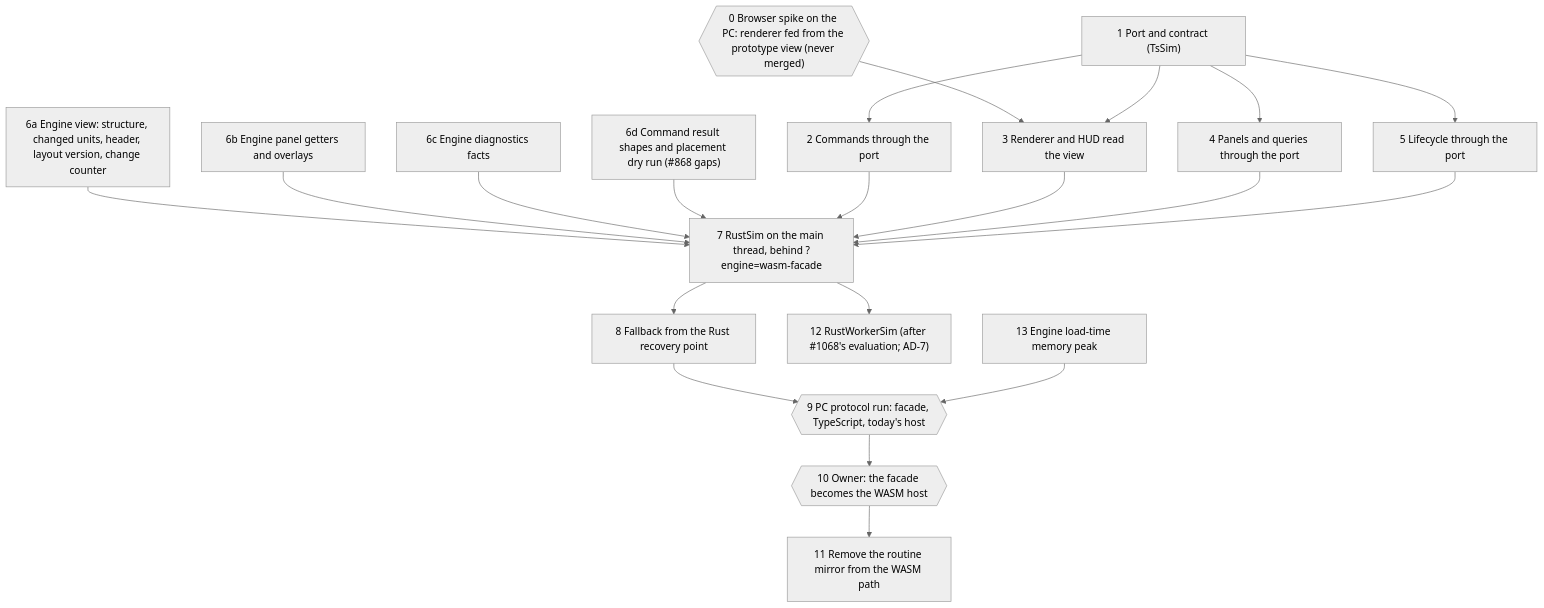
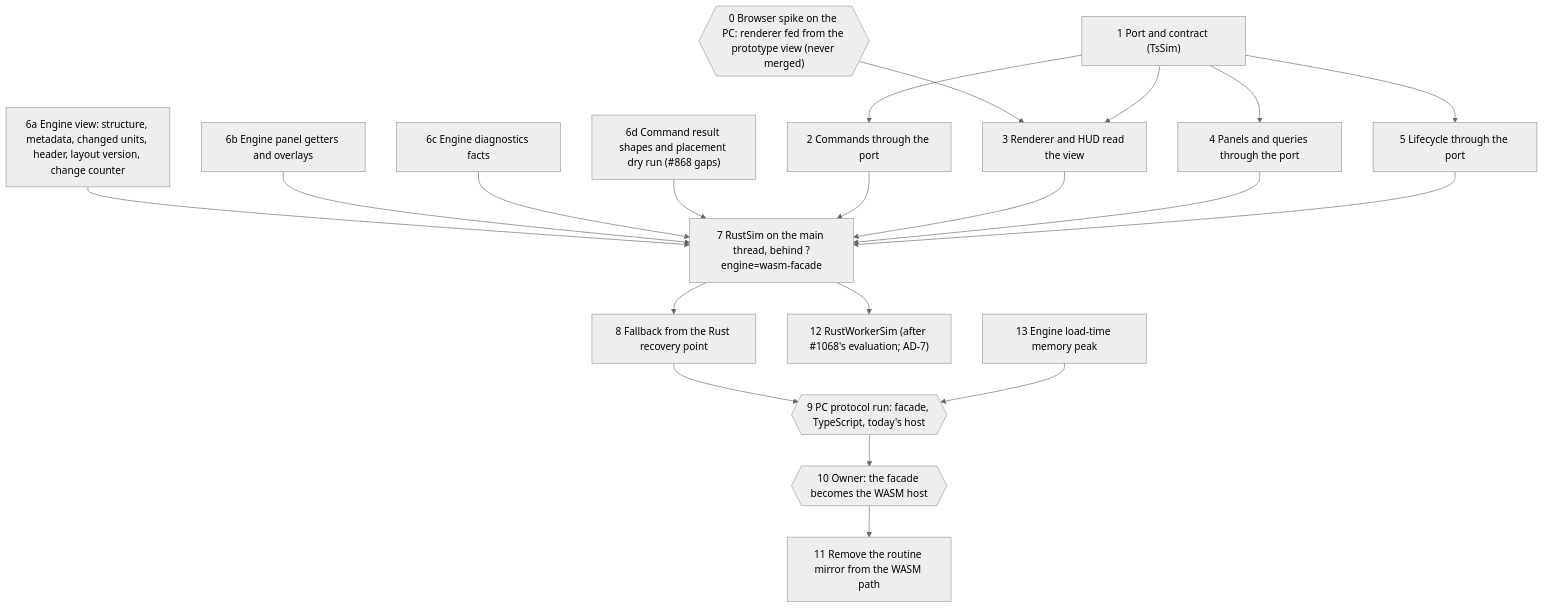
Before and after one commit to maniator/verticopolis: the diagram in _bmad-output/planning-artifacts/architecture/architecture-rust-facade-2026-10-20/slice-plan.md, drawn with Mermaid (neutral theme). The commit also changed other lines of this file and 3 other files, not shown here.

````diff
--- a/_bmad-output/planning-artifacts/architecture/architecture-rust-facade-2026-10-20/slice-plan.md
+++ b/_bmad-output/planning-artifacts/architecture/architecture-rust-facade-2026-10-20/slice-plan.md
@@ -25,22 +25,22 @@
 ```mermaid
 flowchart TD
   SP0{{"0 Browser spike on the PC: renderer fed from the prototype view (never merged)"}} --> S3
   S1["1 Port and contract (TsSim)"] --> S2["2 Commands through the port"]
   S1 --> S3["3 Renderer and HUD read the view"]
   S1 --> S4["4 Panels and queries through the port"]
   S1 --> S5["5 Lifecycle through the port"]
-  S6A["6a Engine view: structure, changed units, header, layout version, change counter"] --> S7
+  S6A["6a Engine view: structure, metadata, changed units, header, layout version, change counter"] --> S7
   S6B["6b Engine panel getters and overlays"] --> S7
   S6C["6c Engine diagnostics facts"] --> S7
   S6D["6d Command result shapes and placement dry run (#868 gaps)"] --> S7
   S2 --> S7["7 RustSim on the main thread, behind ?engine=wasm-facade"]
   S3 --> S7
   S4 --> S7
   S5 --> S7
   S7 --> S8["8 Fallback from the Rust recovery point"]
   S8 --> RUN{{"9 PC protocol run: facade, TypeScript, today's host"}}
   RUN --> S10{{"10 Owner: the facade becomes the WASM host"}}
   S10 --> S11["11 Remove the routine mirror from the WASM path"]
   S7 --> S12["12 RustWorkerSim (after #1068's evaluation; AD-7)"]
   S13["13 Engine load-time memory peak"] --> RUN
 ```
````
